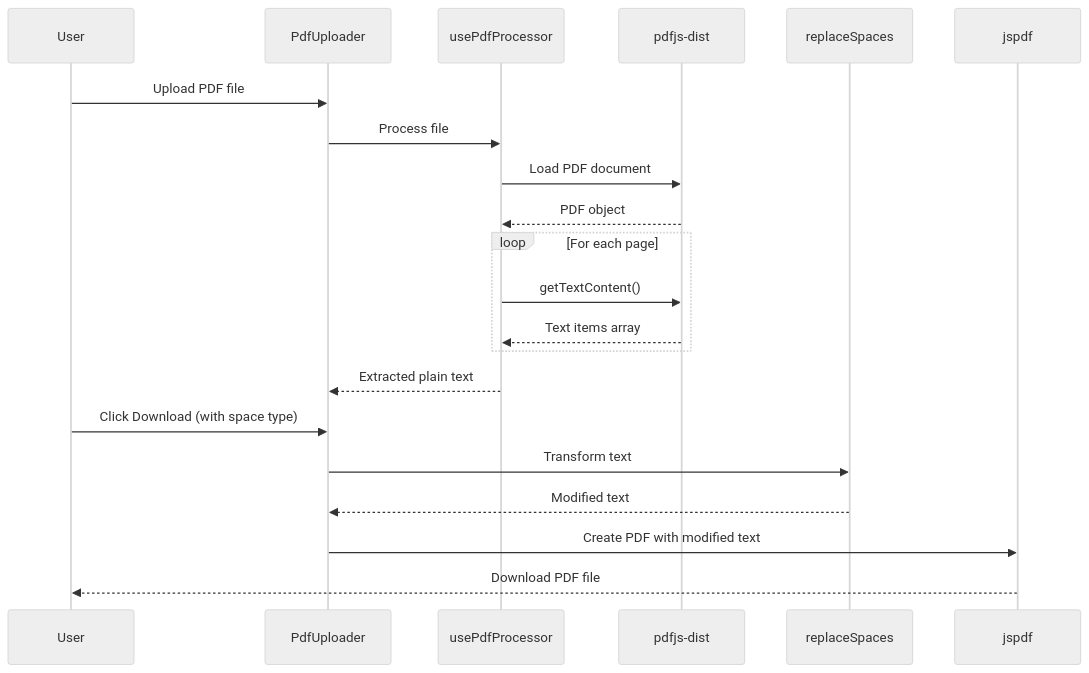
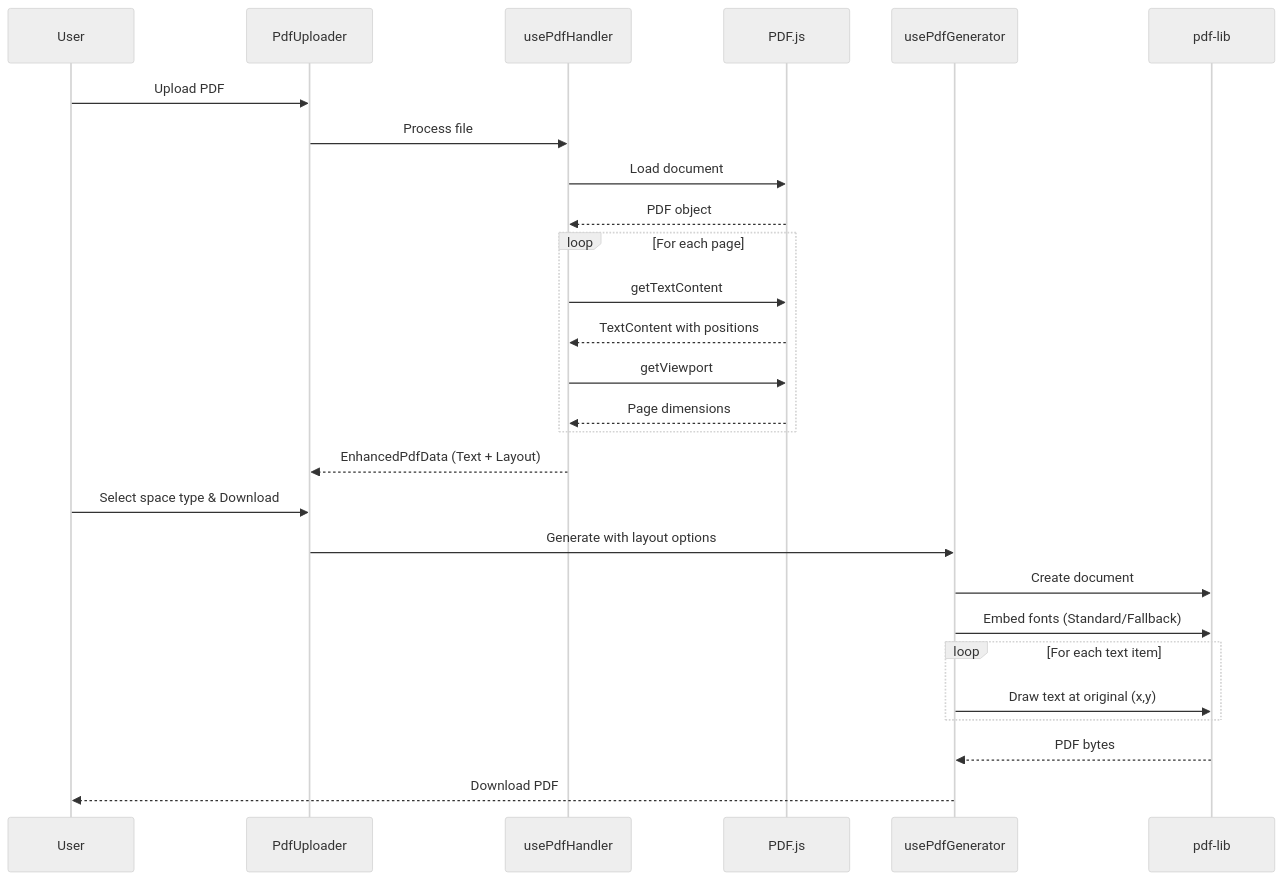
Before and after one commit to MasuRii/zero-zerogpt: the second of 4 diagrams in docs/PDF_FEATURE_ARCHITECTURE.md, drawn with Mermaid (neutral theme). The commit also changed other lines of this file and 19 other files, not shown here.

First line of the commit message:
feat(pdf): add font preservation and page layout maintenance

````diff
--- a/docs/PDF_FEATURE_ARCHITECTURE.md
+++ b/docs/PDF_FEATURE_ARCHITECTURE.md
@@ -205,27 +206,35 @@
 ```mermaid
 sequenceDiagram
     participant User
     participant PdfUploader
-    participant usePdfProcessor
-    participant pdfjs as pdfjs-dist
-    participant replaceSpaces
-    participant jspdf
+    participant usePdfHandler
+    participant PDFjs as PDF.js
+    participant usePdfGenerator
+    participant pdflib as pdf-lib
     
-    User->>PdfUploader: Upload PDF file
-    PdfUploader->>usePdfProcessor: Process file
-    usePdfProcessor->>pdfjs: Load PDF document
-    pdfjs-->>usePdfProcessor: PDF object
+    User->>PdfUploader: Upload PDF
+    PdfUploader->>usePdfHandler: Process file
+    usePdfHandler->>PDFjs: Load document
+    PDFjs-->>usePdfHandler: PDF object
     
     loop For each page
-        usePdfProcessor->>pdfjs: getTextContent()
-        pdfjs-->>usePdfProcessor: Text items array
+        usePdfHandler->>PDFjs: getTextContent
+        PDFjs-->>usePdfHandler: TextContent with positions
+        usePdfHandler->>PDFjs: getViewport
+        PDFjs-->>usePdfHandler: Page dimensions
     end
     
-    usePdfProcessor-->>PdfUploader: Extracted plain text
+    usePdfHandler-->>PdfUploader: EnhancedPdfData (Text + Layout)
     
-    User->>PdfUploader: Click Download (with space type)
-    PdfUploader->>replaceSpaces: Transform text
-    replaceSpaces-->>PdfUploader: Modified text
-    PdfUploader->>jspdf: Create PDF with modified text
-    jspdf-->>User: Download PDF file
+    User->>PdfUploader: Select space type & Download
+    PdfUploader->>usePdfGenerator: Generate with layout options
+    usePdfGenerator->>pdflib: Create document
+    usePdfGenerator->>pdflib: Embed fonts (Standard/Fallback)
+    
+    loop For each text item
+        usePdfGenerator->>pdflib: Draw text at original (x,y)
+    end
+    
+    pdflib-->>usePdfGenerator: PDF bytes
+    usePdfGenerator-->>User: Download PDF
 ```
````
